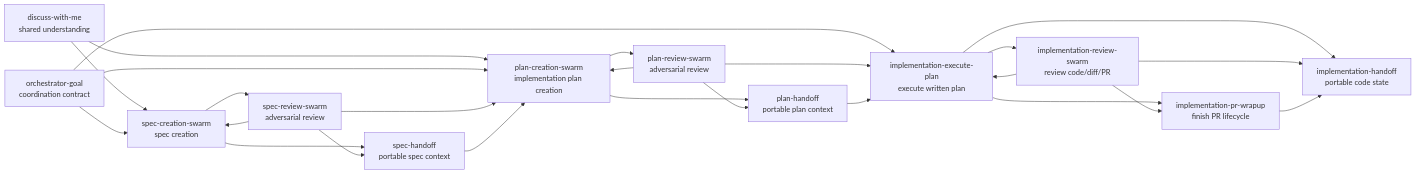
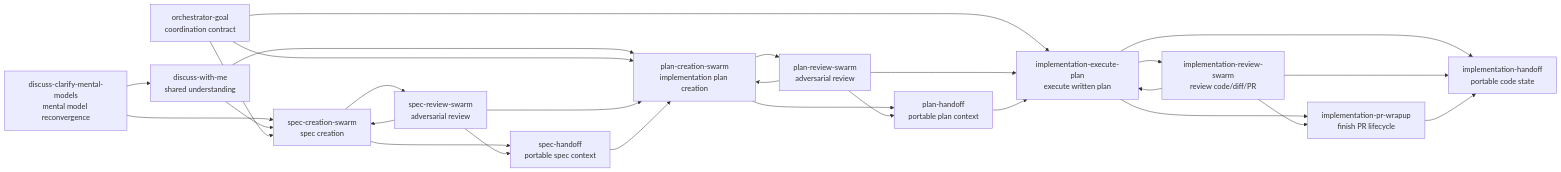
Before and after one commit to ShravanSunder/ai-tools: the diagram in plugins/shravan-dev-workflow/README.md, drawn with Mermaid. The commit also changed other lines of this file and 12 other files, not shown here.

Commit message:
Add discuss clarify mental models skill

````diff
--- a/plugins/shravan-dev-workflow/README.md
+++ b/plugins/shravan-dev-workflow/README.md
@@ -58,46 +59,49 @@
 ```mermaid
 flowchart LR
+    mentalModels["discuss-clarify-mental-models<br/>mental model reconvergence"]
     discuss["discuss-with-me<br/>shared understanding"]
     goal["orchestrator-goal<br/>coordination contract"]
 
     specDesign["spec-creation-swarm<br/>spec creation"]
     specReview["spec-review-swarm<br/>adversarial review"]
     specHandoff["spec-handoff<br/>portable spec context"]
 
     planCreate["plan-creation-swarm<br/>implementation plan creation"]
     planReview["plan-review-swarm<br/>adversarial review"]
     planHandoff["plan-handoff<br/>portable plan context"]
 
     implExecute["implementation-execute-plan<br/>execute written plan"]
     implReview["implementation-review-swarm<br/>review code/diff/PR"]
     implWrap["implementation-pr-wrapup<br/>finish PR lifecycle"]
     implHandoff["implementation-handoff<br/>portable code state"]
 
+    mentalModels --> discuss
+    mentalModels --> specDesign
     discuss --> specDesign
     discuss --> planCreate
     goal --> specDesign
     goal --> planCreate
     goal --> implExecute
 
     specDesign --> specReview
     specDesign --> specHandoff
     specReview --> specHandoff
     specReview --> specDesign
     specReview --> planCreate
     specHandoff --> planCreate
 
     planCreate --> planReview
     planCreate --> planHandoff
     planReview --> planCreate
     planReview --> planHandoff
     planReview --> implExecute
     planHandoff --> implExecute
 
     implExecute --> implReview
     implExecute --> implWrap
     implReview --> implExecute
     implReview --> implWrap
     implExecute --> implHandoff
     implReview --> implHandoff
     implWrap --> implHandoff
 ```
````
